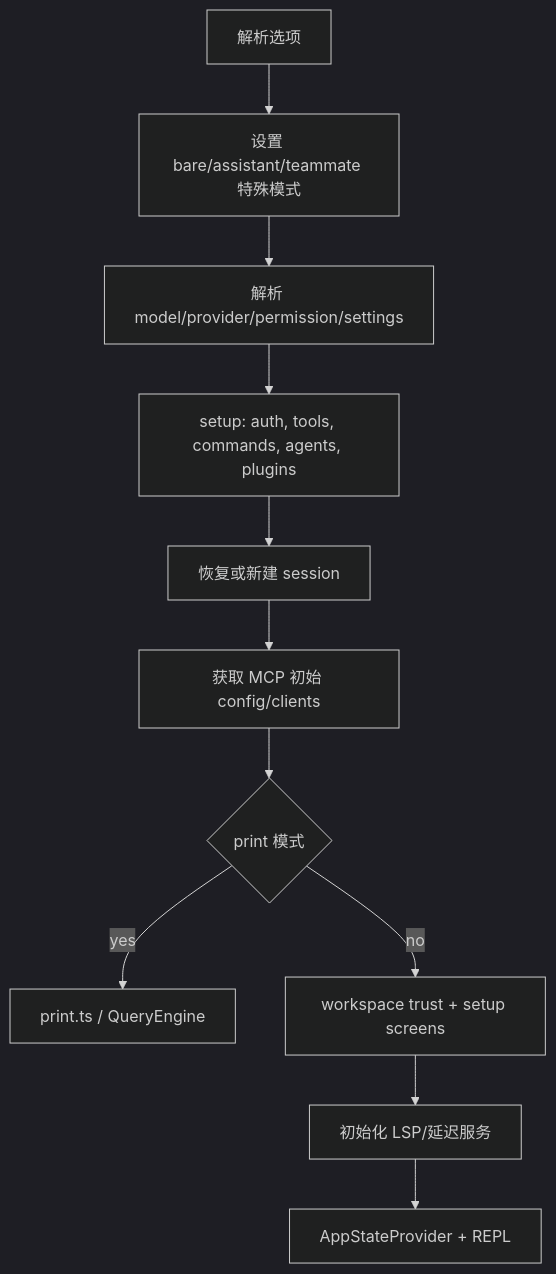
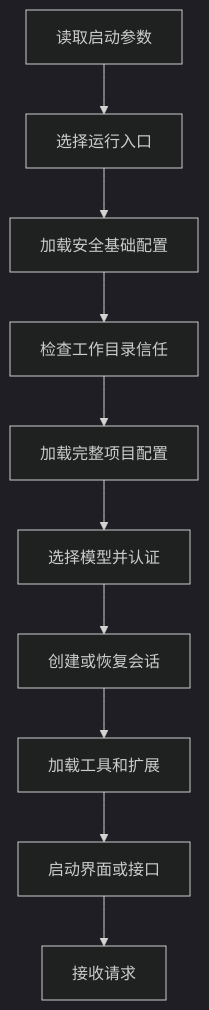
One commit to Hanxcellent/openclaude changed the diagram in docs/project-guide/02-entrypoints-startup.md. Above: the diagram before and after it, drawn with Mermaid (dark theme). The commit also changed other lines of this file and 44 other files, not shown here.

````diff
--- a/docs/project-guide/02-entrypoints-startup.md
+++ b/docs/project-guide/02-entrypoints-startup.md
@@ -100,13 +17,12 @@
 ```mermaid
 flowchart TD
-  A[解析选项] --> B[设置 bare/assistant/teammate 特殊模式]
-  B --> C[解析 model/provider/permission/settings]
-  C --> D[setup: auth, tools, commands, agents, plugins]
-  D --> E[恢复或新建 session]
-  E --> F[获取 MCP 初始 config/clients]
-  F --> G{print 模式}
-  G -- yes --> H[print.ts / QueryEngine]
-  G -- no --> I[workspace trust + setup screens]
-  I --> J[初始化 LSP/延迟服务]
-  J --> K[AppStateProvider + REPL]
+  A[读取启动参数] --> B[选择运行入口]
+  B --> C[加载安全基础配置]
+  C --> D[检查工作目录信任]
+  D --> E[加载完整项目配置]
+  E --> F[选择模型并认证]
+  F --> G[创建或恢复会话]
+  G --> H[加载工具和扩展]
+  H --> I[启动界面或接口]
+  I --> J[接收请求]
 ```
````
